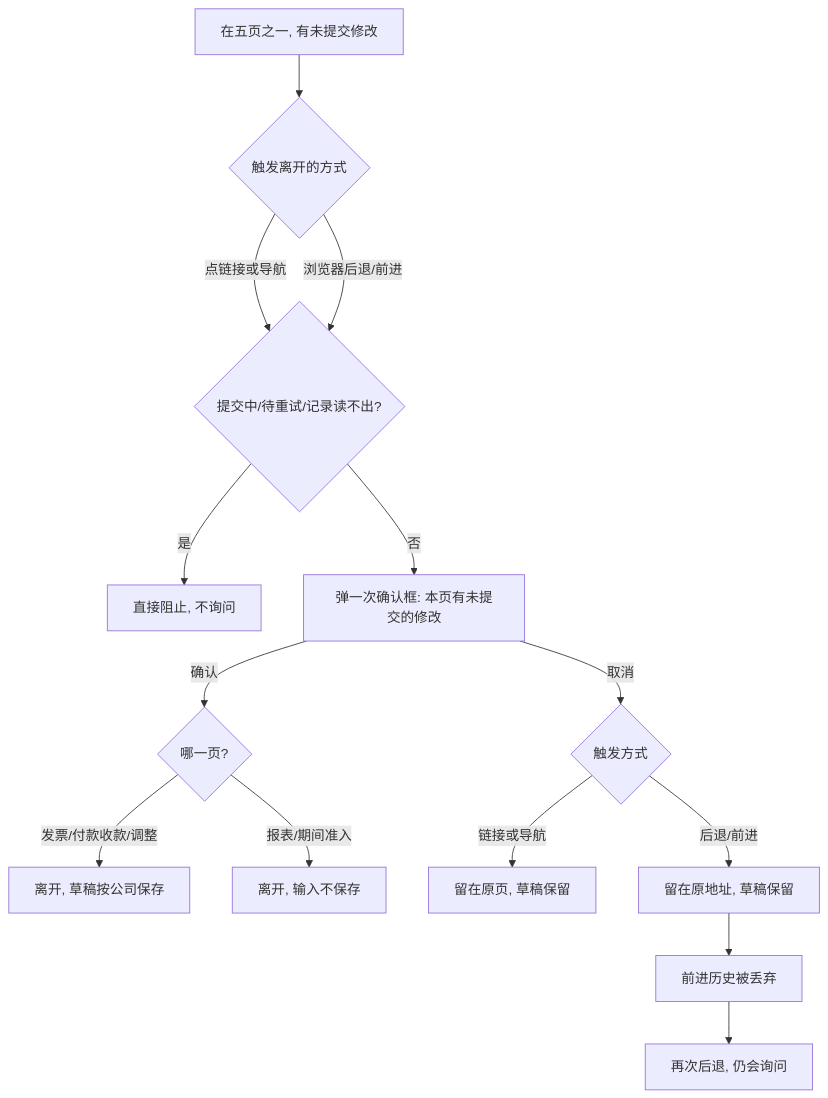
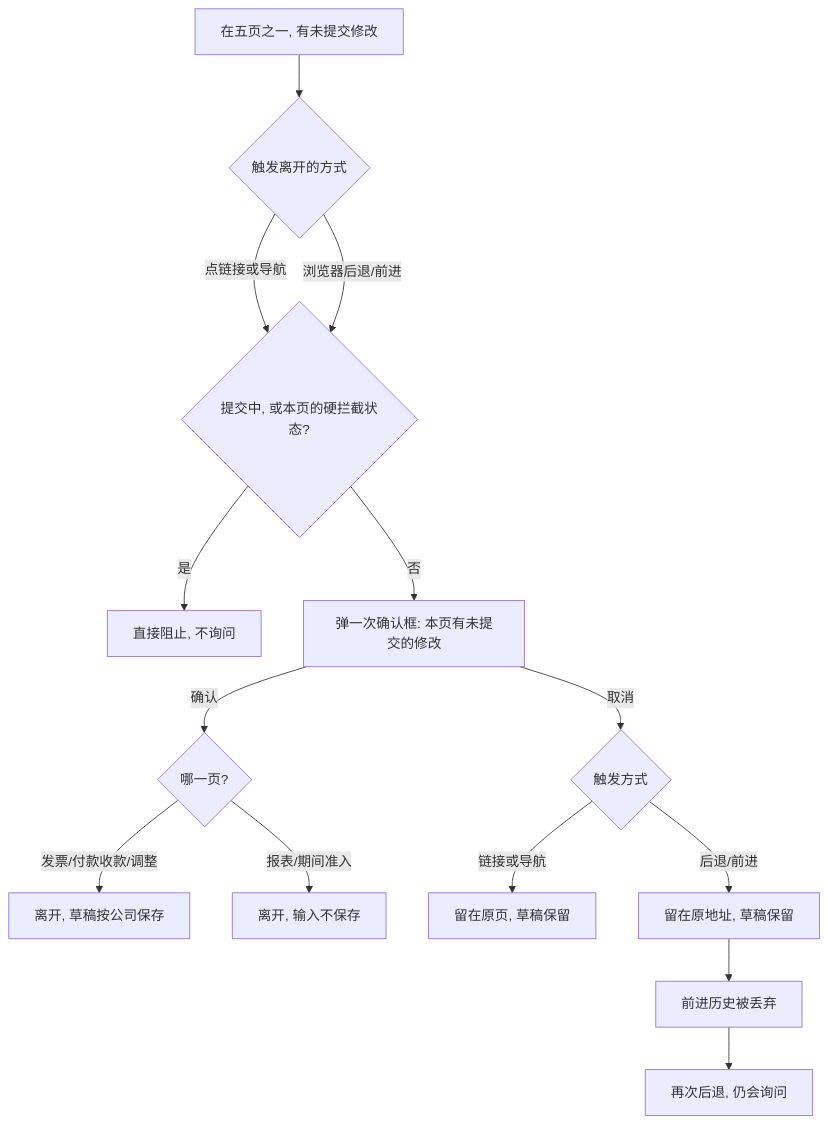
Before and after one commit to lingshf/ai-native-erp: the third of 3 diagrams in docs/flows/order-invoice-trace-flow.md, drawn with Mermaid. The commit also changed other lines of this file and 3 other files, not shown here.

````diff
--- a/docs/flows/order-invoice-trace-flow.md
+++ b/docs/flows/order-invoice-trace-flow.md
@@ -56,16 +56,16 @@
 ```mermaid
 flowchart TD
   A[在五页之一, 有未提交修改] --> B{触发离开的方式}
-  B -- 点链接或导航 --> C{提交中/待重试/记录读不出?}
+  B -- 点链接或导航 --> C{提交中, 或本页的硬拦截状态?}
   B -- 浏览器后退/前进 --> C
   C -- 是 --> D[直接阻止, 不询问]
   C -- 否 --> E[弹一次确认框: 本页有未提交的修改]
   E -- 确认 --> F{哪一页?}
   F -- 发票/付款收款/调整 --> F1[离开, 草稿按公司保存]
   F -- 报表/期间准入 --> F2[离开, 输入不保存]
   E -- 取消 --> G{触发方式}
   G -- 链接或导航 --> H[留在原页, 草稿保留]
   G -- 后退/前进 --> I[留在原地址, 草稿保留]
   I --> J[前进历史被丢弃]
   J --> K[再次后退, 仍会询问]
 ```
````
